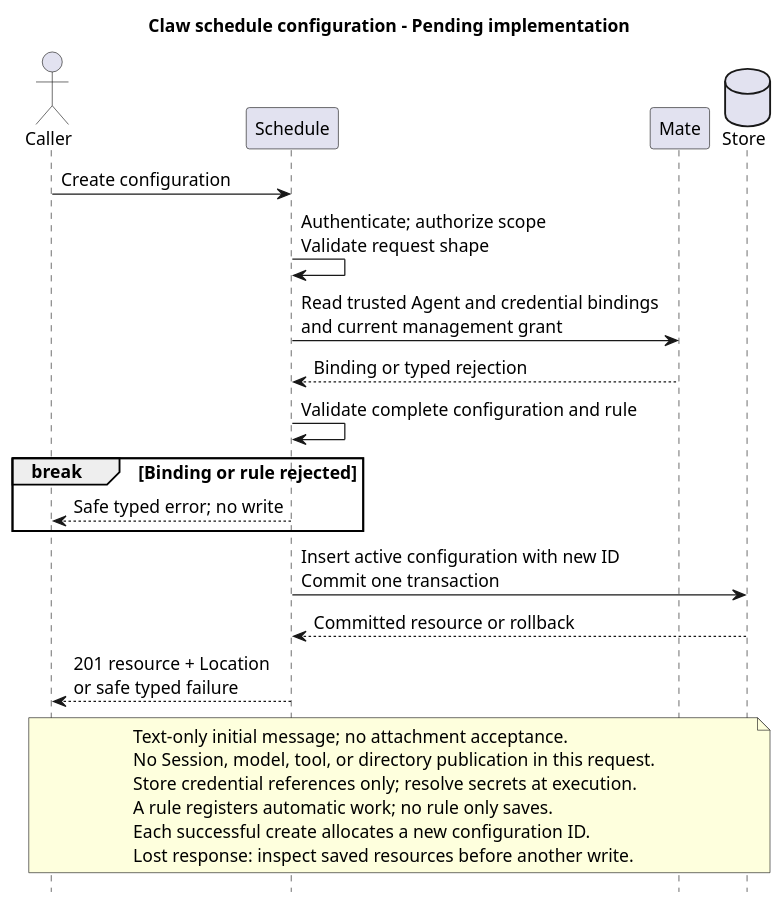
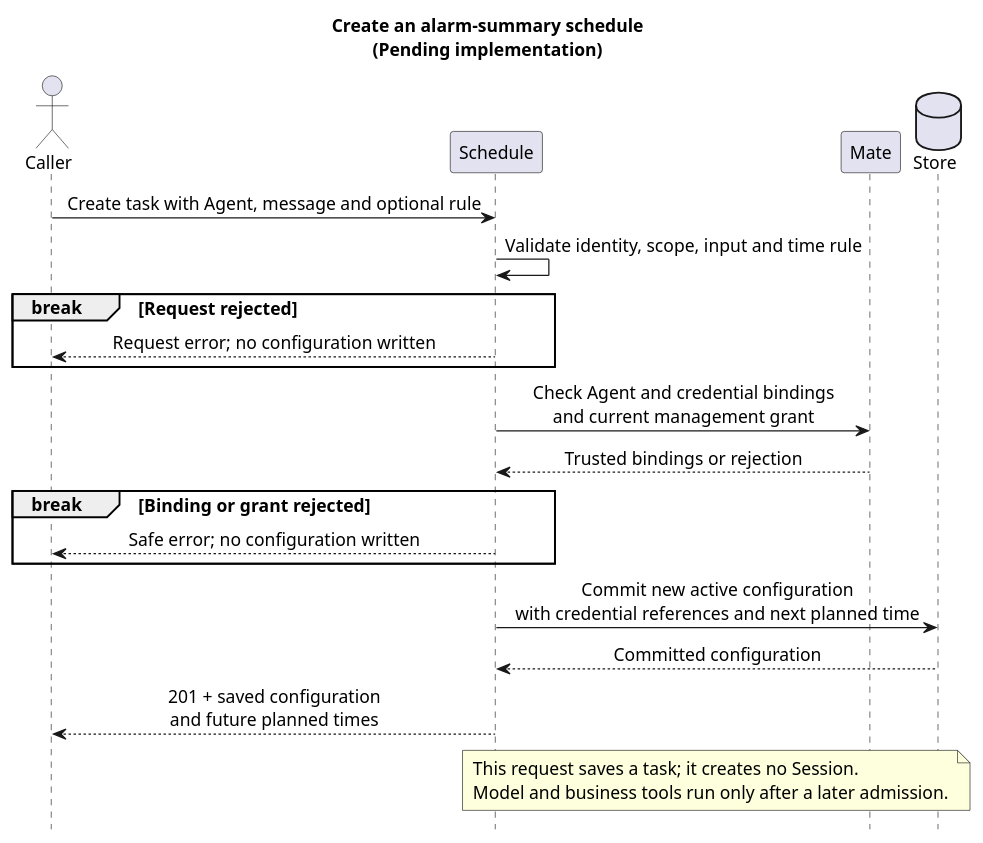
One commit to ssm0808/pi-mono-java-design changed the third of 5 diagrams in 01-总体架构/08-CampusClaw定时任务/diagram.puml. Above: the diagram before and after it, drawn with PlantUML. The commit also changed other lines of this file and 10 other files, not shown here.

Commit message:
docs(schedule): clarify sequence roles and shared admission

```diff
--- a/01-总体架构/08-CampusClaw定时任务/diagram.puml
+++ b/01-总体架构/08-CampusClaw定时任务/diagram.puml
@@ -166,36 +149,34 @@
 @startuml schedule_configuration_save
-' Target: Pending implementation; Claw configuration request, no in-request execution.
-' Evidence: pi-mono-java 553dcd5e2ff682f9684810a043b442b37a02e54a
-' modules/cron/src/main/java/com/campusclaw/cron/CronService.java createJob
-' modules/cron/src/main/java/com/campusclaw/cron/store/CronStore.java saveUnsafe
-' modules/coding-agent-cli/src/main/java/com/campusclaw/codingagent/runtime/AgentRuntimeManager.java prepare
-' Design reason: durable independent creation and read-only Mate binding checks.
-' Product constraint: text-only initial message; credentials remain references at rest.
-title Claw schedule configuration - Pending implementation
+' Java baseline: 553dcd5e2ff682f9684810a043b442b37a02e54a; main fetched 2026-10-08 (unchanged).
+' Source: modules/cron/src/main/java/com/campusclaw/cron/store/CronStore.java saveUnsafe (legacy file persistence).
+' Source: modules/coding-agent-cli/src/main/java/com/campusclaw/codingagent/runtime/AgentRuntimeManager.java prepare (not a read-only management check).
+' Presentation: Caller requests; Schedule validates and saves; Mate authorizes; Store commits.
+' Design reason: management checks do not prepare or execute an Agent Session.
+' Target: Pending implementation; text-only input and credential references at rest.
+title Create an alarm-summary schedule\n(Pending implementation)
+hide footbox
 skinparam backgroundColor white
 skinparam defaultFontSize 14
-hide footbox
+skinparam sequenceMessageAlign center
 actor Caller
 participant Schedule
 participant Mate
 database Store
-Caller -> Schedule : Create configuration
-Schedule -> Schedule : Authenticate; authorize scope\nValidate request shape
-Schedule -> Mate : Read trusted Agent and credential bindings\nand current management grant
-Mate --> Schedule : Binding or typed rejection
-Schedule -> Schedule : Validate complete configuration and rule
-break Binding or rule rejected
-  Schedule --> Caller : Safe typed error; no write
+Caller -> Schedule : Create task with Agent, message and optional rule
+Schedule -> Schedule : Validate identity, scope, input and time rule
+break Request rejected
+  Schedule --> Caller : Request error; no configuration written
 end
-Schedule -> Store : Insert active configuration with new ID\nCommit one transaction
-Store --> Schedule : Committed resource or rollback
-Schedule --> Caller : 201 resource + Location\nor safe typed failure
-note over Caller, Store
-  Text-only initial message; no attachment acceptance.
-  No Session, model, tool, or directory publication in this request.
-  Store credential references only; resolve secrets at execution.
-  A rule registers automatic work; no rule only saves.
-  Each successful create allocates a new configuration ID.
-  Lost response: inspect saved resources before another write.
+Schedule -> Mate : Check Agent and credential bindings\nand current management grant
+Mate --> Schedule : Trusted bindings or rejection
+break Binding or grant rejected
+  Schedule --> Caller : Safe error; no configuration written
+end
+Schedule -> Store : Commit new active configuration\nwith credential references and next planned time
+Store --> Schedule : Committed configuration
+Schedule --> Caller : 201 + saved configuration\nand future planned times
+note over Schedule, Store
+  This request saves a task; it creates no Session.
+  Model and business tools run only after a later admission.
 end note
 @enduml
```
